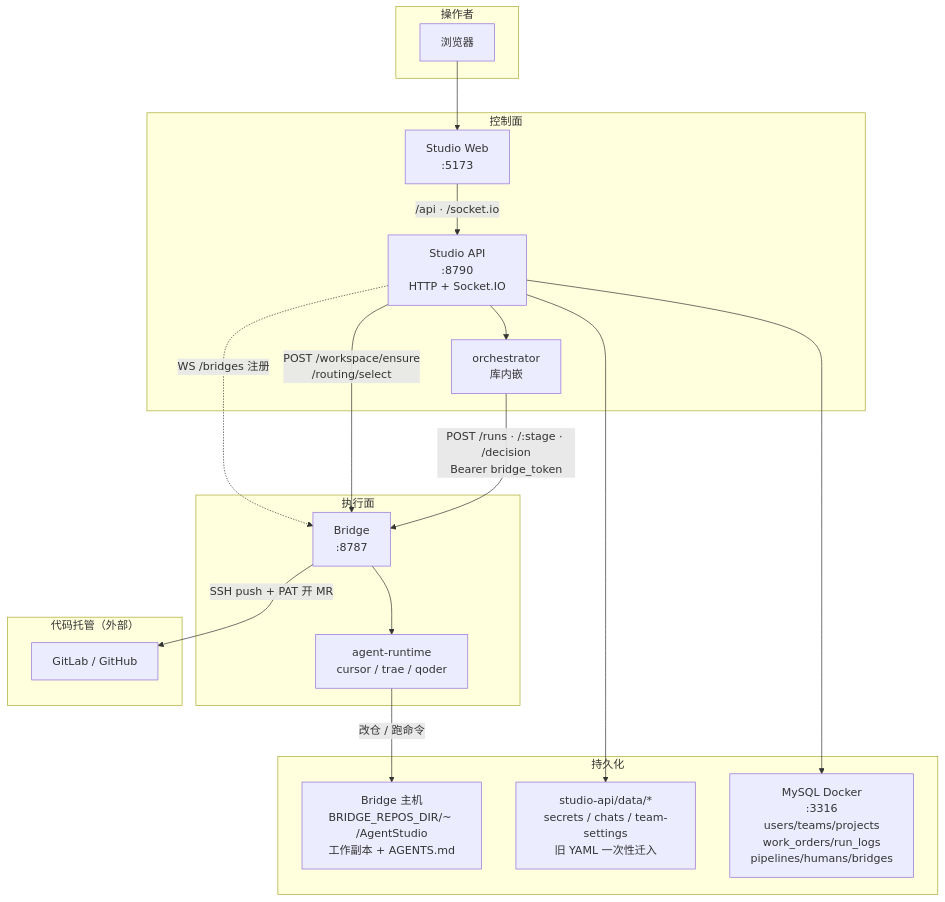
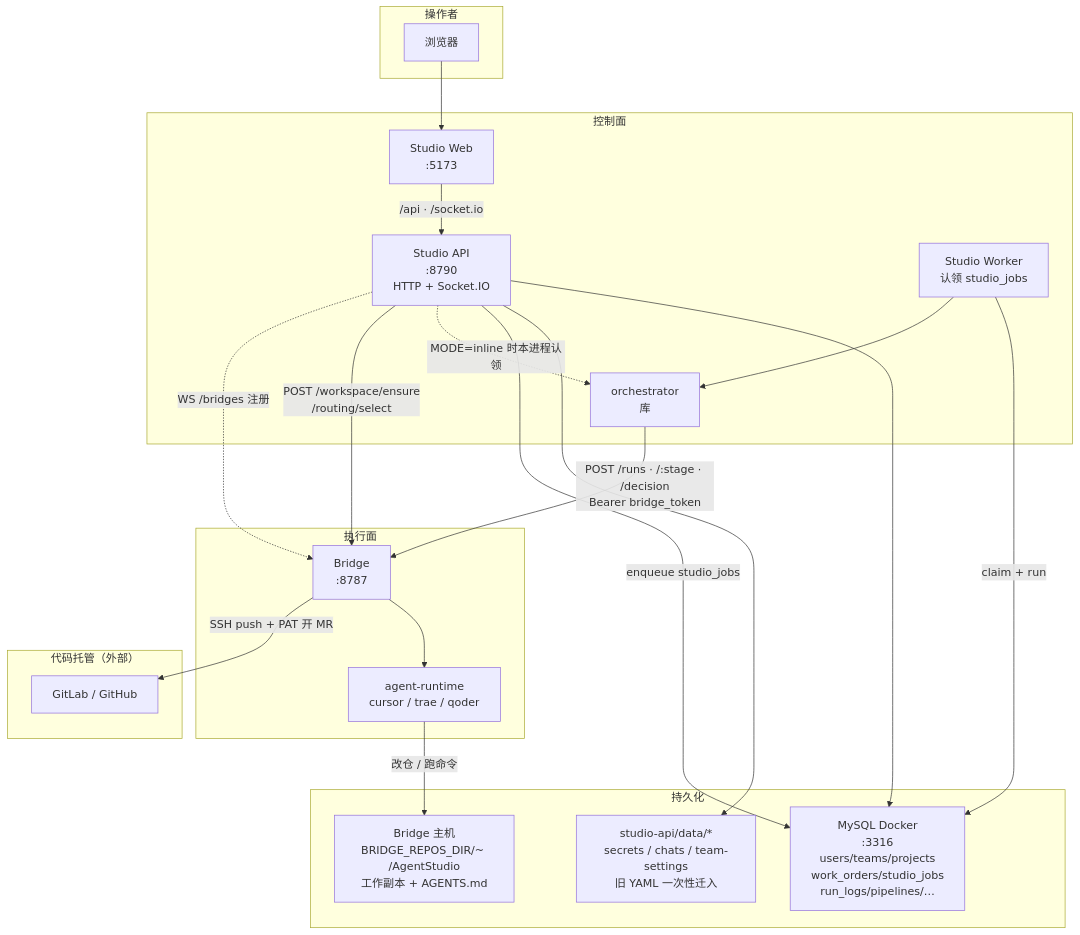
Before and after one commit to xxxxxuhb/agent-studio: the first of 6 diagrams in docs/架构与时序图.md, drawn with Mermaid. The commit also changed other lines of this file and 113 other files, not shown here.

````diff
--- a/docs/架构与时序图.md
+++ b/docs/架构与时序图.md
@@ -11,39 +11,43 @@
 ```mermaid
 flowchart TB
   subgraph User["操作者"]
     Browser["浏览器"]
   end
 
   subgraph Control["控制面"]
     Web["Studio Web\n:5173"]
     API["Studio API\n:8790\nHTTP + Socket.IO"]
-    Orch["orchestrator\n库内嵌"]
+    Worker["Studio Worker\n认领 studio_jobs"]
+    Orch["orchestrator\n库"]
   end
 
   subgraph Execute["执行面"]
     Bridge["Bridge\n:8787"]
     Runtime["agent-runtime\ncursor / trae / qoder"]
   end
 
   subgraph Forge["代码托管（外部）"]
     Git["GitLab / GitHub"]
   end
 
   subgraph Persist["持久化"]
-    MySQL["MySQL Docker\n:3316\nusers/teams/projects\nwork_orders/run_logs\npipelines/humans/bridges"]
+    MySQL["MySQL Docker\n:3316\nusers/teams/projects\nwork_orders/studio_jobs\nrun_logs/pipelines/…"]
     Data["studio-api/data/*\nsecrets / chats / team-settings\n旧 YAML 一次性迁入"]
     Repos["Bridge 主机\nBRIDGE_REPOS_DIR/~ /AgentStudio\n工作副本 + AGENTS.md"]
   end
 
   Browser --> Web
   Web -->|"/api · /socket.io"| API
   API --> MySQL
   API --> Data
-  API --> Orch
+  API -->|"enqueue studio_jobs"| MySQL
+  Worker -->|"claim + run"| MySQL
+  Worker --> Orch
+  API -.->|"MODE=inline 时本进程认领"| Orch
   API -->|"POST /workspace/ensure\n/routing/select"| Bridge
   Orch -->|"POST /runs · /:stage · /decision\nBearer bridge_token"| Bridge
   Bridge --> Runtime
   Runtime -->|"改仓 / 跑命令"| Repos
   Bridge -->|"SSH push + PAT 开 MR"| Git
   API -.->|"WS /bridges 注册"| Bridge
 ```
````
